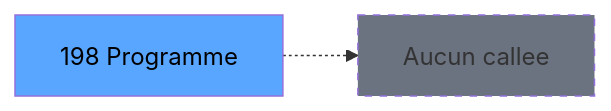
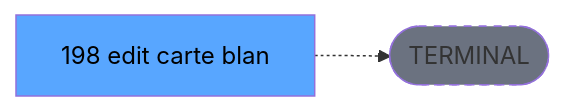
The third of 3 diagrams in .openspec/renders/ADH-IDE-198.md (thonyAGP/lecteur-magic), drawn with Mermaid before and after one commit. The commit also changed other lines of this file and 701 other files, not shown here.

````diff
--- a/.openspec/renders/ADH-IDE-198.md
+++ b/.openspec/renders/ADH-IDE-198.md
@@ -129,8 +135,8 @@
 ```mermaid
 graph LR
-    T[198 Programme]
-    NONE[Aucun callee]
-    T -.-> NONE
+    T[198 edit carte blan]
+    TERM([TERMINAL])
+    T -.-> TERM
+    style TERM fill:#6b7280,stroke-dasharray: 5 5
     style T fill:#58a6ff,color:#000
-    style NONE fill:#6b7280,stroke-dasharray: 5 5
 ```
````
